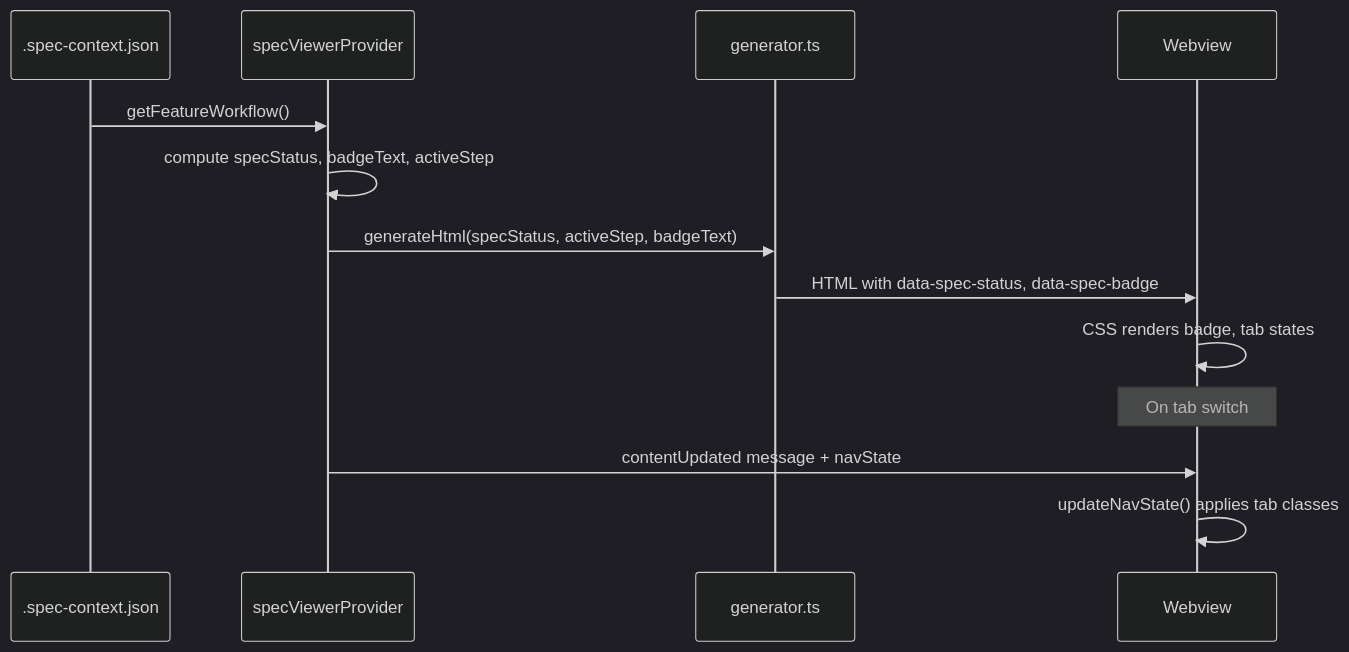
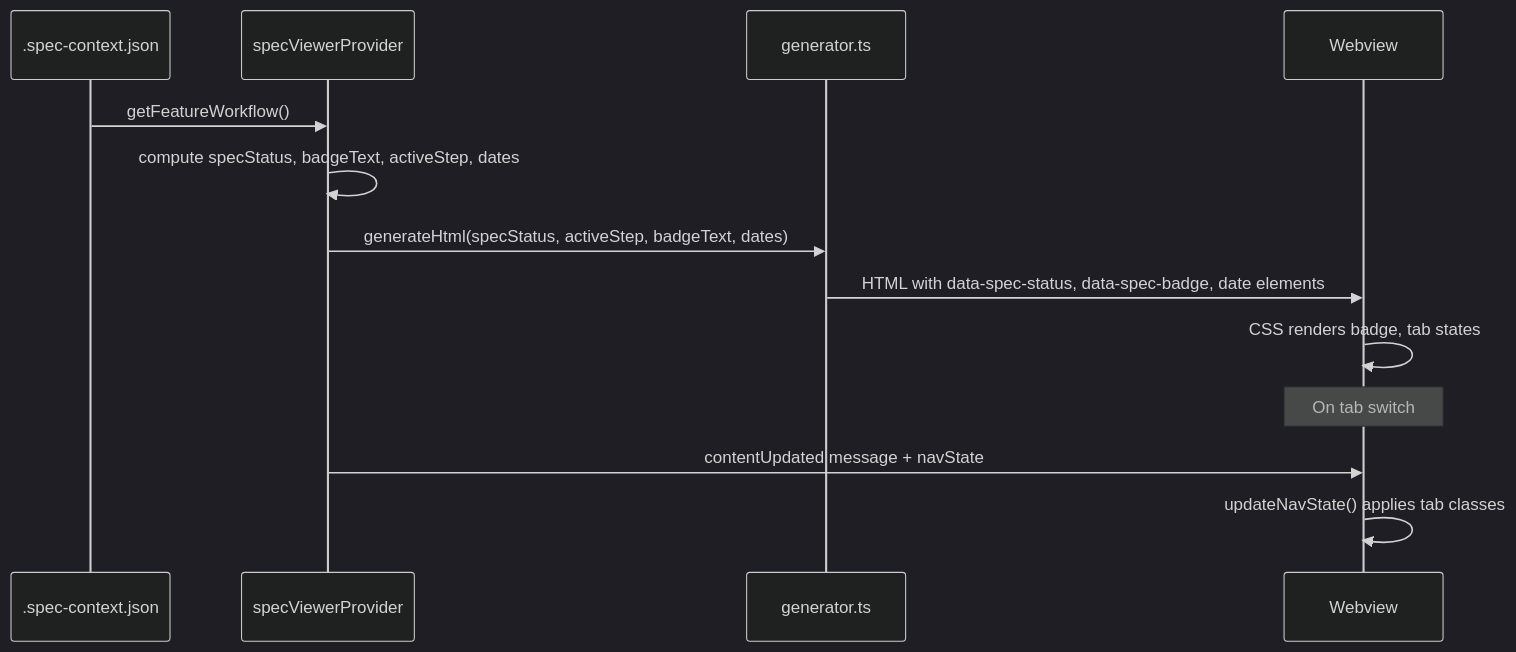
One commit to alfredoperez/speckit-companion changed the eighth of 8 diagrams in docs/viewer-states.md. Above: the diagram before and after it, drawn with Mermaid (dark theme). The commit also changed other lines of this file and 16 other files, not shown here.

First line of the commit message:
feat: derive badge and dates from spec-context.json instead of markdown (#62)

````diff
--- a/docs/viewer-states.md
+++ b/docs/viewer-states.md
@@ -187,17 +214,17 @@
 ```mermaid
 sequenceDiagram
     participant FS as .spec-context.json
     participant Ext as specViewerProvider
     participant Gen as generator.ts
     participant WV as Webview
 
     FS->>Ext: getFeatureWorkflow()
-    Ext->>Ext: compute specStatus, badgeText, activeStep
-    Ext->>Gen: generateHtml(specStatus, activeStep, badgeText)
-    Gen->>WV: HTML with data-spec-status, data-spec-badge
+    Ext->>Ext: compute specStatus, badgeText, activeStep, dates
+    Ext->>Gen: generateHtml(specStatus, activeStep, badgeText, dates)
+    Gen->>WV: HTML with data-spec-status, data-spec-badge, date elements
     WV->>WV: CSS renders badge, tab states
 
     Note over WV: On tab switch
     Ext->>WV: contentUpdated message + navState
     WV->>WV: updateNavState() applies tab classes
 ```
````
